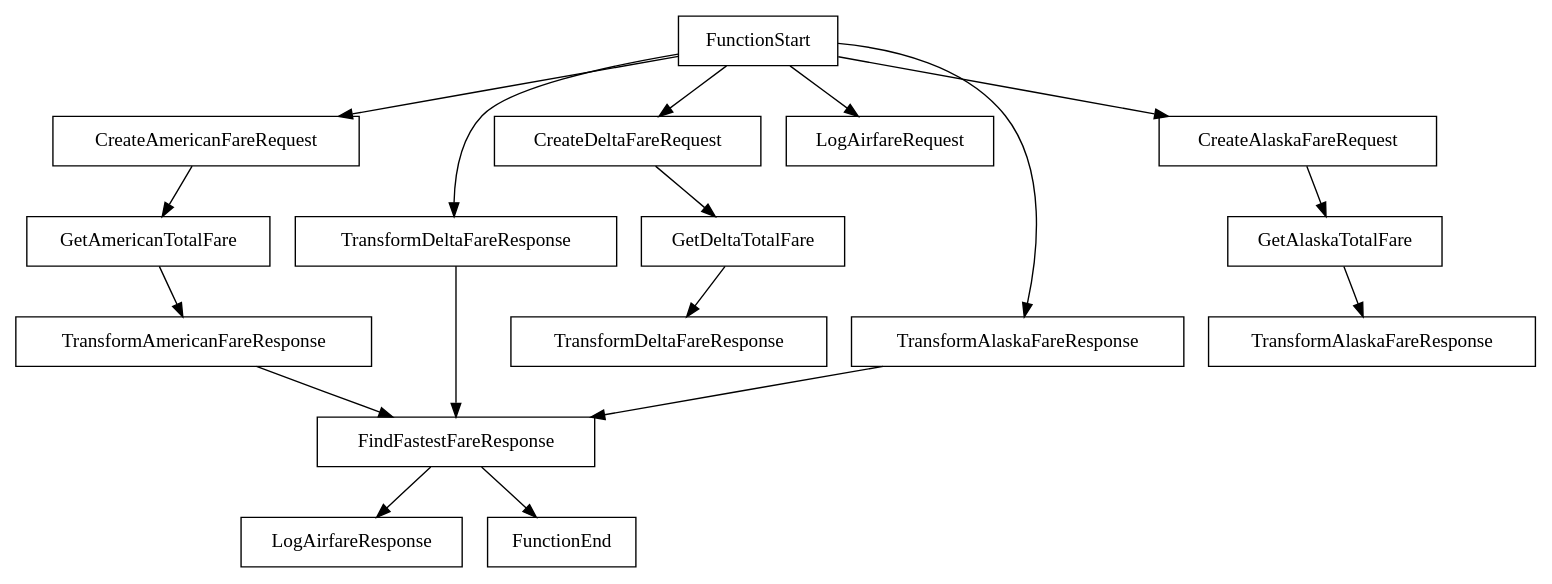
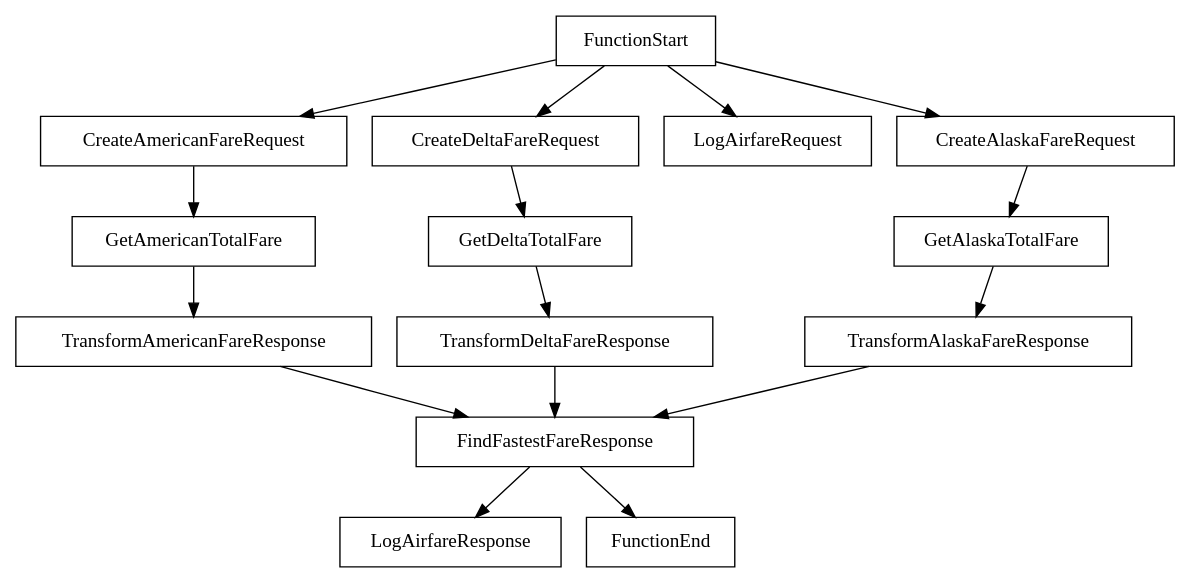
One commit to sameerajayasoma/eggplant changed the diagram in clone-aggregate/abcflights-post-airfare-fastest-dataflow_graph.dot. Above: the diagram before and after it, drawn with Graphviz. The commit also changed 3 other files, not shown here.

Commit message:
Fix diagram issues

```diff
--- a/clone-aggregate/abcflights-post-airfare-fastest-dataflow_graph.dot
+++ b/clone-aggregate/abcflights-post-airfare-fastest-dataflow_graph.dot
@@ -1,20 +1,18 @@
 digraph "DataflowGraph" {
 node [shape=record];
 "CreateAmericanFareRequest" -> "GetAmericanTotalFare";
 "GetDeltaTotalFare" -> "TransformDeltaFareResponse";
-"TransformDeltaFareResponse " -> "FindFastestFareResponse";
 "CreateDeltaFareRequest" -> "GetDeltaTotalFare";
 "GetAmericanTotalFare" -> "TransformAmericanFareResponse";
 "FindFastestFareResponse" -> "LogAirfareResponse";
 "FindFastestFareResponse" -> "FunctionEnd";
+"TransformAlaskaFareResponse" -> "FindFastestFareResponse";
 "GetAlaskaTotalFare" -> "TransformAlaskaFareResponse";
 "FunctionStart" -> "CreateAmericanFareRequest";
 "FunctionStart" -> "LogAirfareRequest";
-"FunctionStart" -> "TransformAlaskaFareResponse ";
-"FunctionStart" -> "TransformDeltaFareResponse ";
 "FunctionStart" -> "CreateDeltaFareRequest";
 "FunctionStart" -> "CreateAlaskaFareRequest";
-"TransformAlaskaFareResponse " -> "FindFastestFareResponse";
 "TransformAmericanFareResponse" -> "FindFastestFareResponse";
+"TransformDeltaFareResponse" -> "FindFastestFareResponse";
 "CreateAlaskaFareRequest" -> "GetAlaskaTotalFare";
 }
```
